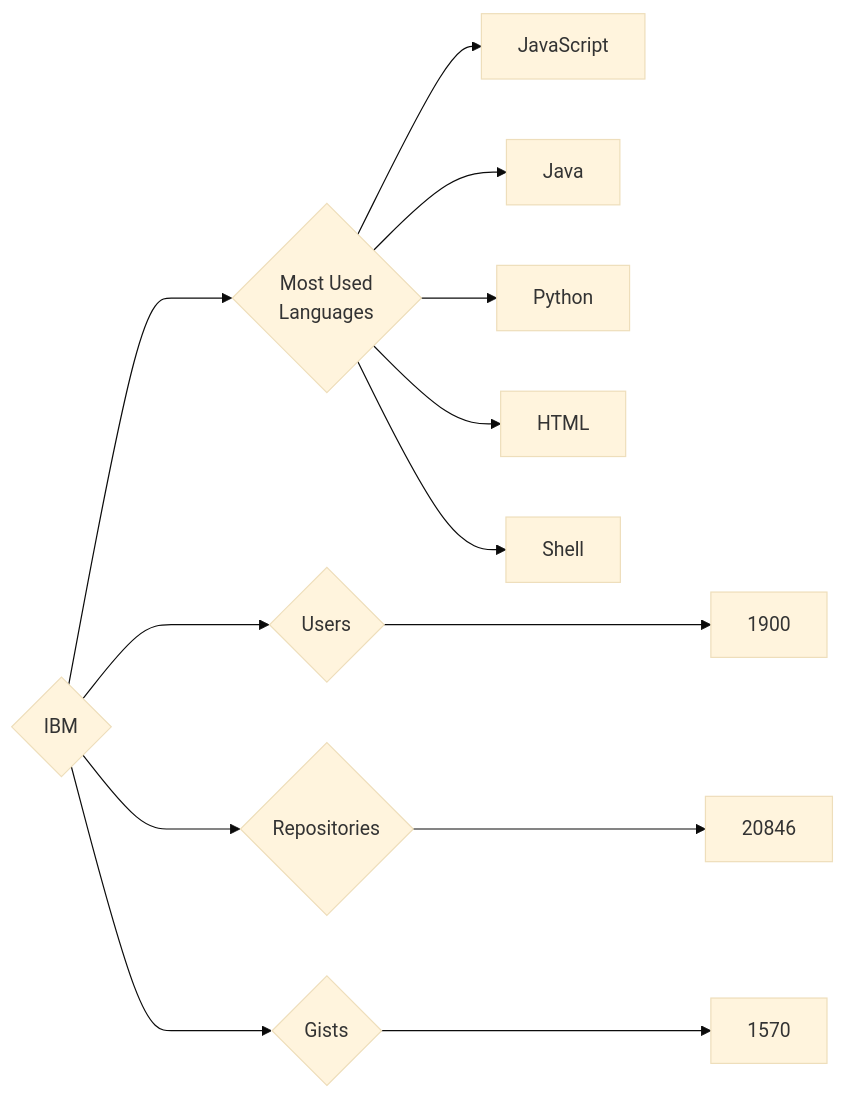
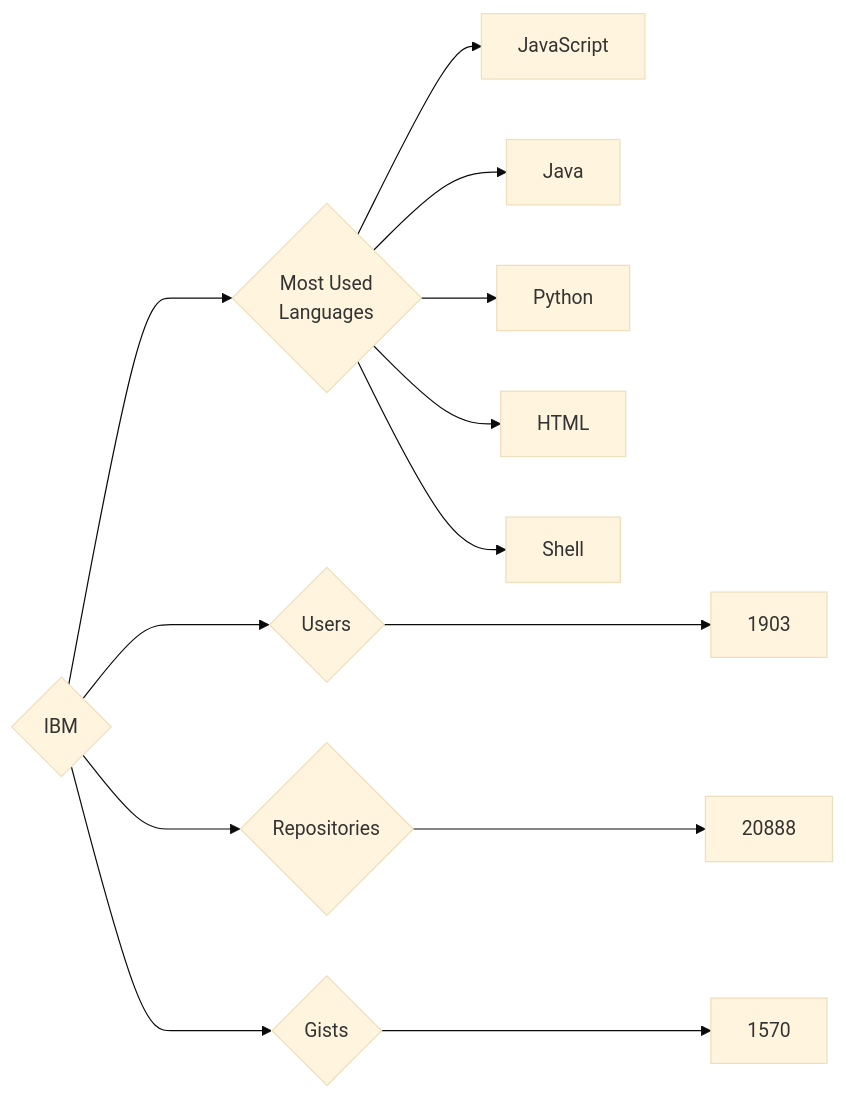
Before and after one commit to trickest/insiders: the diagram in targets/IBM/README.md, drawn with Mermaid (base theme). The commit also changed 1195 other files, not shown here.

````diff
--- a/targets/IBM/README.md
+++ b/targets/IBM/README.md
@@ -3,13 +3,13 @@
 ```mermaid
 graph LR
 COMPANY_NAME{IBM}
-COMPANY_NAME ---> U{Users} ---> UN[1900]
-COMPANY_NAME ---> R{Repositories} ---> RN[20846]
+COMPANY_NAME ---> U{Users} ---> UN[1903]
+COMPANY_NAME ---> R{Repositories} ---> RN[20888]
 COMPANY_NAME ---> G{Gists} ---> GN[1570]
 COMPANY_NAME ---> ML{Most Used<br>Languages}
 ML --> JavaScript[JavaScript]
 ML --> Java[Java]
 ML --> Python[Python]
 ML --> HTML[HTML]
 ML --> Shell[Shell]
 ```
````
